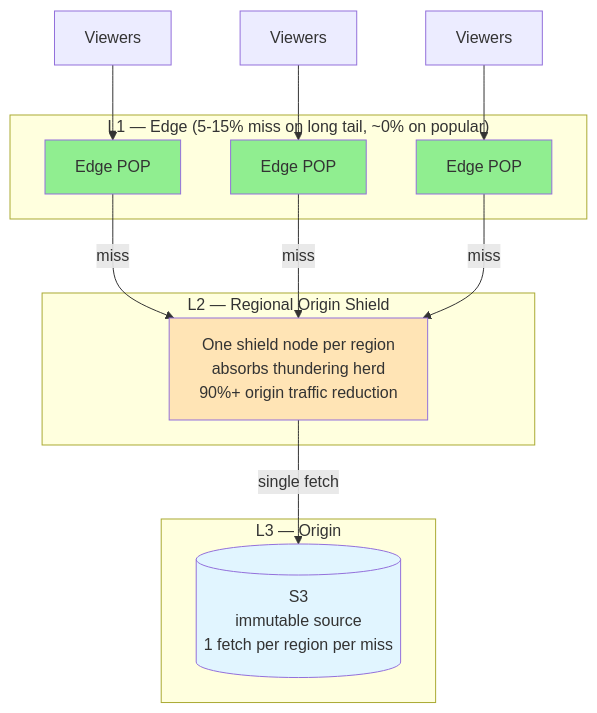
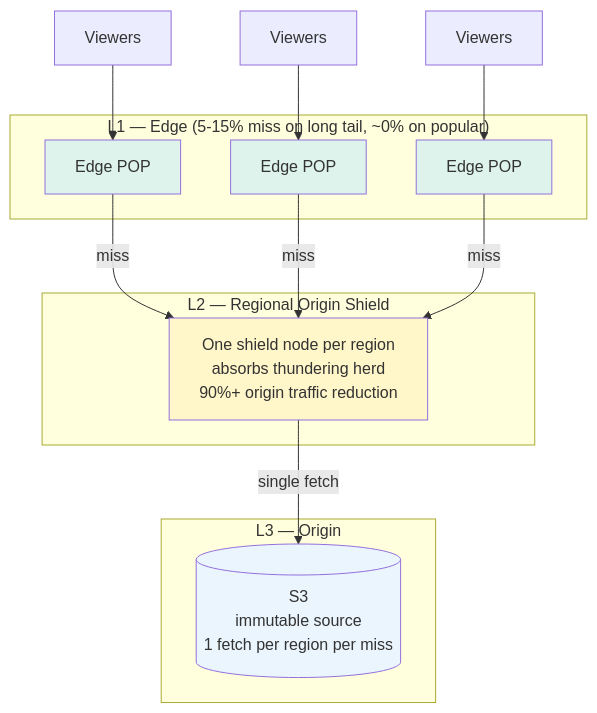
One commit to cartmancodes/InterviewVault changed the fifth of 7 diagrams in LLD/questions/Design YouTube.md. Above: the diagram before and after it, drawn with Mermaid. The commit also changed other lines of this file and 679 other files, not shown here.

Commit message:
Unify content diagrams and add accessible visual walkthroughs

````diff
--- a/LLD/questions/Design YouTube.md
+++ b/LLD/questions/Design YouTube.md
@@ -351,31 +351,31 @@
 ```mermaid
 graph TB
     V1[Viewers] --> E1[Edge POP]
     V2[Viewers] --> E2[Edge POP]
     V3[Viewers] --> E3[Edge POP]
 
     subgraph "L1 — Edge (5-15% miss on long tail, ~0% on popular)"
         E1
         E2
         E3
     end
 
     subgraph "L2 — Regional Origin Shield"
         SHIELD[One shield node per region<br/>absorbs thundering herd<br/>90%+ origin traffic reduction]
     end
 
     subgraph "L3 — Origin"
         ORIGIN[(S3<br/>immutable source<br/>1 fetch per region per miss)]
     end
 
     E1 -->|miss| SHIELD
     E2 -->|miss| SHIELD
     E3 -->|miss| SHIELD
     SHIELD -->|single fetch| ORIGIN
 
-    style E1 fill:#90EE90
-    style E2 fill:#90EE90
-    style E3 fill:#90EE90
-    style SHIELD fill:#FFE4B5
-    style ORIGIN fill:#e1f5ff
+    style E1 fill:#DDF3EC
+    style E2 fill:#DDF3EC
+    style E3 fill:#DDF3EC
+    style SHIELD fill:#FFF6C9
+    style ORIGIN fill:#EAF5FD
 ```
````
